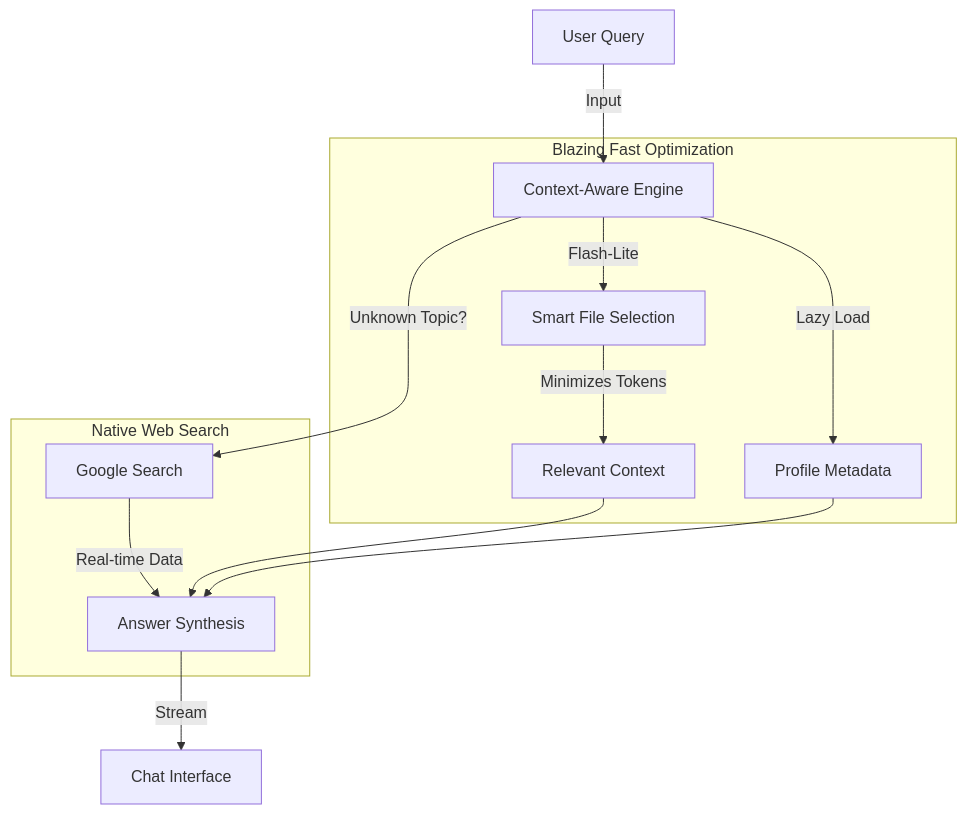
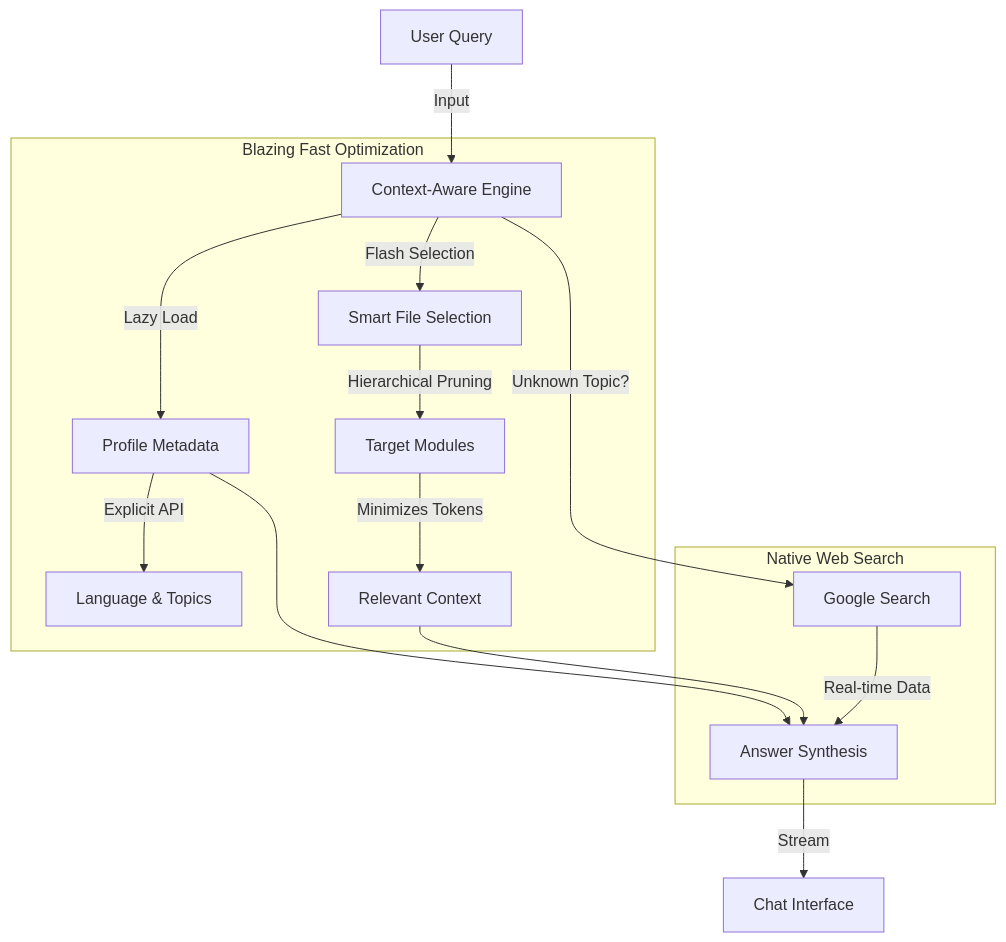
The second of 3 diagrams in README.md (403errors/repomind), drawn with Mermaid before and after one commit. The commit also changed other lines of this file and 10 other files, not shown here.

Commit message:
feat: Add AI model selection (Flash/Thinking), enhance context-aware engine with hierarchical pruning, and enrich repository metadata with language information.

````diff
--- a/README.md
+++ b/README.md
@@ -76,19 +77,21 @@
 ```mermaid
 graph TD
     User[User Query] -->|Input| Engine[Context-Aware Engine]
     
     subgraph " Blazing Fast Optimization"
         Engine -->|Lazy Load| Profile[Profile Metadata]
-        Engine -->|Flash-Lite| Select[Smart File Selection]
-        Select -->|Minimizes Tokens| Context[Relevant Context]
+        Profile -->|Explicit API| Lang[Language & Topics]
+        Engine -->|Flash Selection| Select[Smart File Selection]
+        Select -->|Hierarchical Pruning| Prune[Target Modules]
+        Prune -->|Minimizes Tokens| Context[Relevant Context]
     end
     
     subgraph " Native Web Search"
         Engine -->|Unknown Topic?| Search[Google Search]
         Search -->|Real-time Data| Synthesis[Answer Synthesis]
     end
     
     Context --> Synthesis
     Profile --> Synthesis
     Synthesis -->|Stream| UI[Chat Interface]
 ```
````
